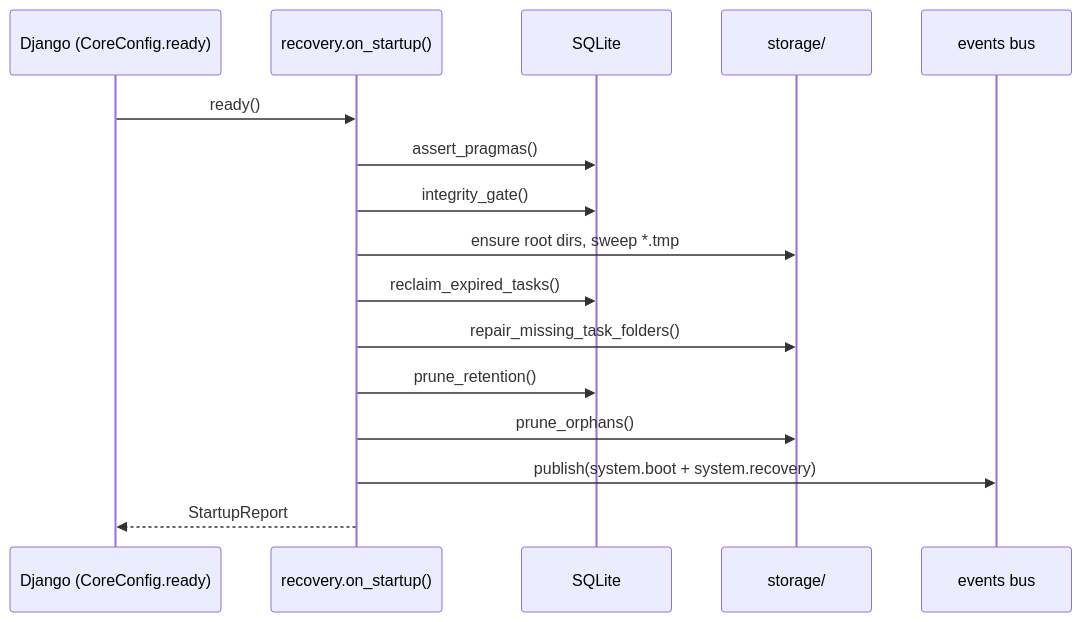
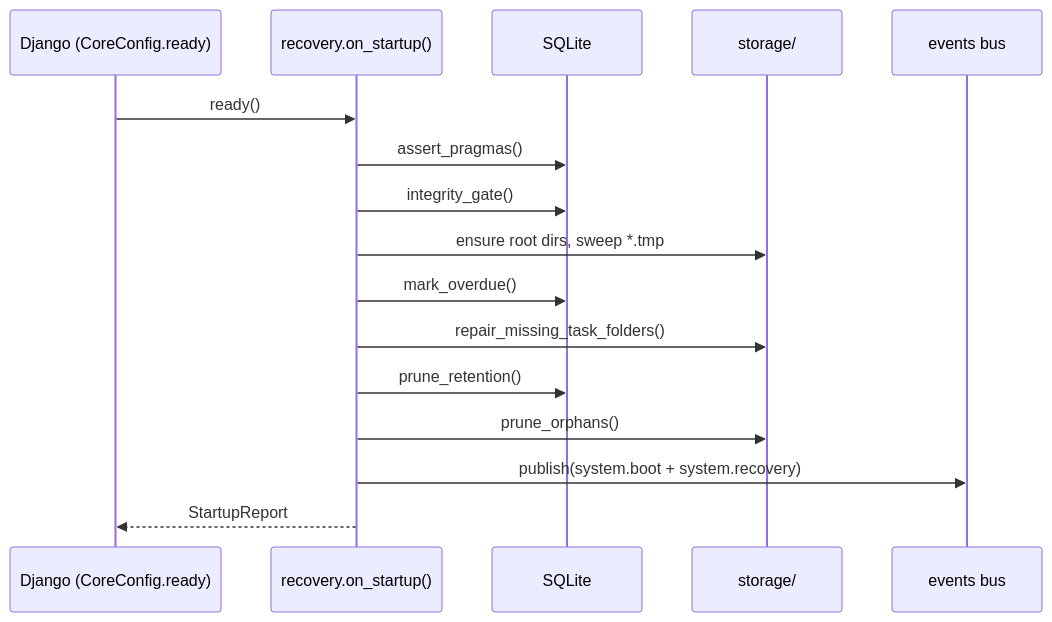
One commit to dananjayahbi/ATLAS-MCP changed the second of 2 diagrams in plan-series/03_fault_tolerance_recovery.md. Above: the diagram before and after it, drawn with Mermaid. The commit also changed other lines of this file and 67 other files, not shown here.

````diff
--- a/plan-series/03_fault_tolerance_recovery.md
+++ b/plan-series/03_fault_tolerance_recovery.md
@@ -233,19 +274,19 @@
 ```mermaid
 sequenceDiagram
     participant DJ as Django (CoreConfig.ready)
     participant RC as recovery.on_startup()
     participant DB as SQLite
     participant FS as storage/
     participant BUS as events bus
 
     DJ->>RC: ready()
     RC->>DB: assert_pragmas()
     RC->>DB: integrity_gate()
     RC->>FS: ensure root dirs, sweep *.tmp
-    RC->>DB: reclaim_expired_tasks()
+    RC->>DB: mark_overdue()
     RC->>FS: repair_missing_task_folders()
     RC->>DB: prune_retention()
     RC->>FS: prune_orphans()
     RC->>BUS: publish(system.boot + system.recovery)
     RC-->>DJ: StartupReport
 ```
````
